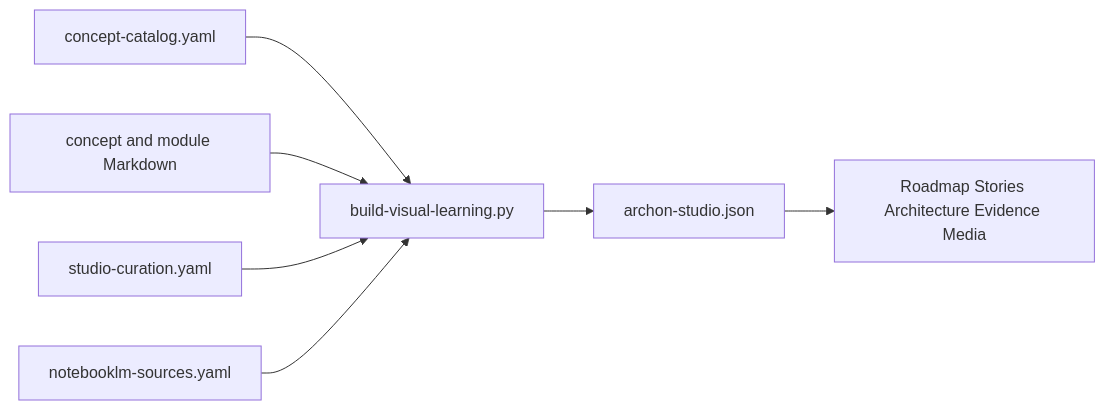
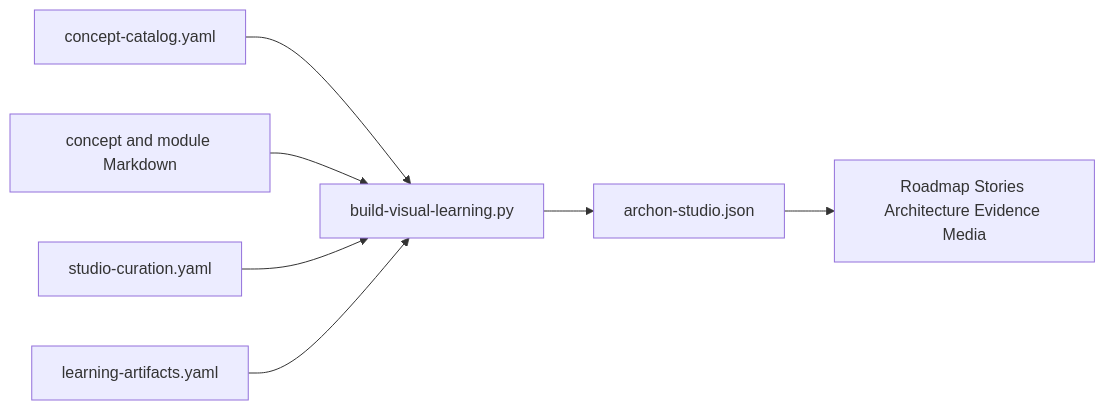
Before and after one commit to levalencia/archon: the diagram in docs/visual-learning/README.md, drawn with Mermaid. The commit also changed other lines of this file and 121 other files, not shown here.

````diff
--- a/docs/visual-learning/README.md
+++ b/docs/visual-learning/README.md
@@ -31,9 +31,9 @@
 ```mermaid
 flowchart LR
   C[concept-catalog.yaml] --> G[build-visual-learning.py]
   M[concept and module Markdown] --> G
   S[studio-curation.yaml] --> G
-  N[notebooklm-sources.yaml] --> G
+  N[learning-artifacts.yaml] --> G
   G --> J[archon-studio.json]
   J --> V[Roadmap Stories Architecture Evidence Media]
 ```
````
